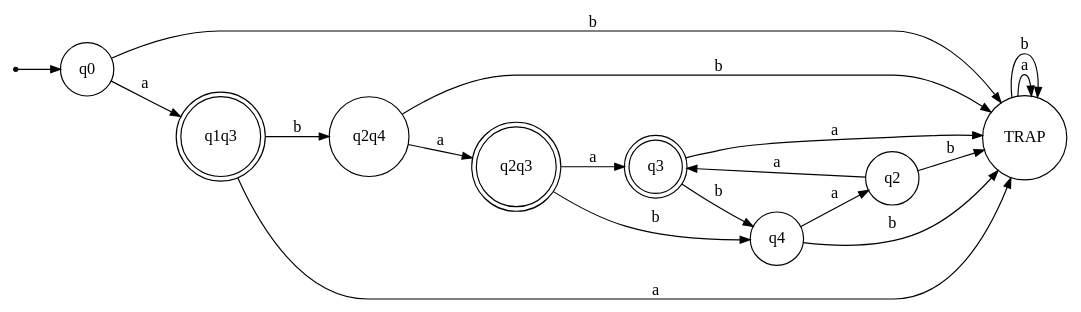
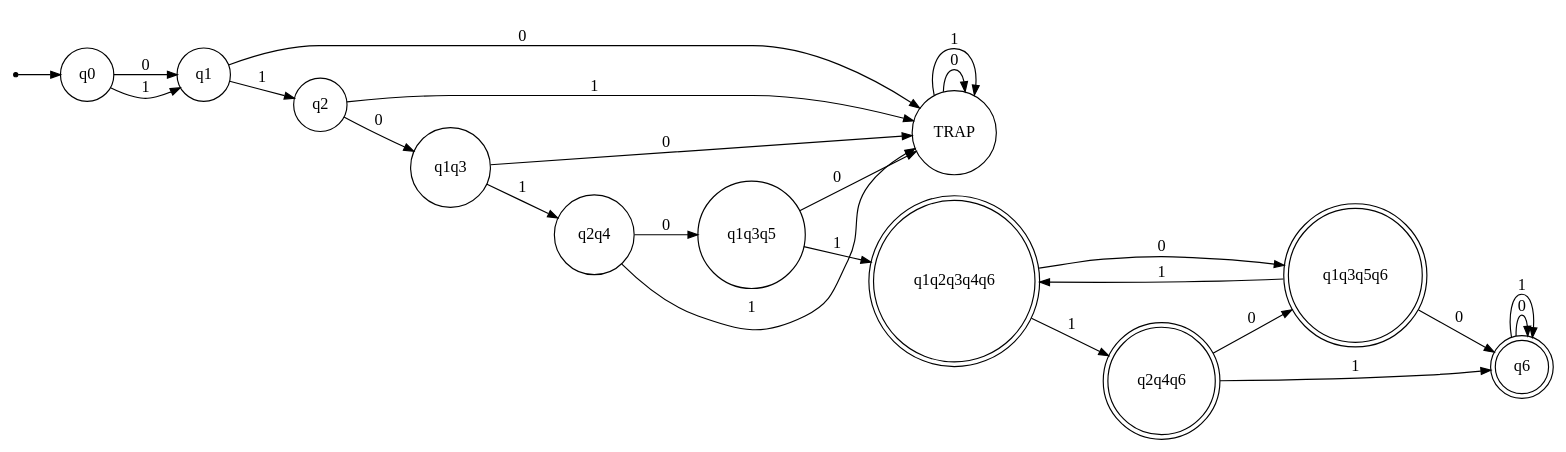
The diagram in Digraph.gv (iMahdiGhazavi/TLA4012-Midterm-Project), drawn with Graphviz before and after one commit. The commit also changed 3 other files, not shown here.

```diff
--- a/Digraph.gv
+++ b/Digraph.gv
@@ -1,30 +1,39 @@
 digraph {
 	ranksep=0.5 size="(8, 8)"
 	rankdir=LR
 	Initial [label="" fontsize=14.0 shape=point]
 	TRAP [fontsize=14.0 shape=circle]
 	q0 [fontsize=14.0 shape=circle]
-	q1q3 [fontsize=14.0 shape=doublecircle]
+	q1 [fontsize=14.0 shape=circle]
+	q1q2q3q4q6 [fontsize=14.0 shape=doublecircle]
+	q1q3 [fontsize=14.0 shape=circle]
+	q1q3q5 [fontsize=14.0 shape=circle]
+	q1q3q5q6 [fontsize=14.0 shape=doublecircle]
 	q2 [fontsize=14.0 shape=circle]
-	q2q3 [fontsize=14.0 shape=doublecircle]
 	q2q4 [fontsize=14.0 shape=circle]
-	q3 [fontsize=14.0 shape=doublecircle]
-	q4 [fontsize=14.0 shape=circle]
+	q2q4q6 [fontsize=14.0 shape=doublecircle]
+	q6 [fontsize=14.0 shape=doublecircle]
 	Initial -> q0 [arrowsize=0.85]
-	q0 -> q1q3 [label=" a " arrowsize=0.85 fontsize=14.0]
-	q0 -> TRAP [label=" b " arrowsize=0.85 fontsize=14.0]
-	q1q3 -> TRAP [label=" a " arrowsize=0.85 fontsize=14.0]
-	q1q3 -> q2q4 [label=" b " arrowsize=0.85 fontsize=14.0]
-	TRAP -> TRAP [label=" a " arrowsize=0.85 fontsize=14.0]
-	TRAP -> TRAP [label=" b " arrowsize=0.85 fontsize=14.0]
-	q2q4 -> q2q3 [label=" a " arrowsize=0.85 fontsize=14.0]
-	q2q4 -> TRAP [label=" b " arrowsize=0.85 fontsize=14.0]
-	q2q3 -> q3 [label=" a " arrowsize=0.85 fontsize=14.0]
-	q2q3 -> q4 [label=" b " arrowsize=0.85 fontsize=14.0]
-	q3 -> TRAP [label=" a " arrowsize=0.85 fontsize=14.0]
-	q3 -> q4 [label=" b " arrowsize=0.85 fontsize=14.0]
-	q4 -> q2 [label=" a " arrowsize=0.85 fontsize=14.0]
-	q4 -> TRAP [label=" b " arrowsize=0.85 fontsize=14.0]
-	q2 -> q3 [label=" a " arrowsize=0.85 fontsize=14.0]
-	q2 -> TRAP [label=" b " arrowsize=0.85 fontsize=14.0]
+	q0 -> q1 [label=" 0 " arrowsize=0.85 fontsize=14.0]
+	q0 -> q1 [label=" 1 " arrowsize=0.85 fontsize=14.0]
+	q1 -> TRAP [label=" 0 " arrowsize=0.85 fontsize=14.0]
+	q1 -> q2 [label=" 1 " arrowsize=0.85 fontsize=14.0]
+	TRAP -> TRAP [label=" 0 " arrowsize=0.85 fontsize=14.0]
+	TRAP -> TRAP [label=" 1 " arrowsize=0.85 fontsize=14.0]
+	q2 -> q1q3 [label=" 0 " arrowsize=0.85 fontsize=14.0]
+	q2 -> TRAP [label=" 1 " arrowsize=0.85 fontsize=14.0]
+	q1q3 -> TRAP [label=" 0 " arrowsize=0.85 fontsize=14.0]
+	q1q3 -> q2q4 [label=" 1 " arrowsize=0.85 fontsize=14.0]
+	q2q4 -> q1q3q5 [label=" 0 " arrowsize=0.85 fontsize=14.0]
+	q2q4 -> TRAP [label=" 1 " arrowsize=0.85 fontsize=14.0]
+	q1q3q5 -> TRAP [label=" 0 " arrowsize=0.85 fontsize=14.0]
+	q1q3q5 -> q1q2q3q4q6 [label=" 1 " arrowsize=0.85 fontsize=14.0]
+	q1q2q3q4q6 -> q1q3q5q6 [label=" 0 " arrowsize=0.85 fontsize=14.0]
+	q1q2q3q4q6 -> q2q4q6 [label=" 1 " arrowsize=0.85 fontsize=14.0]
+	q1q3q5q6 -> q6 [label=" 0 " arrowsize=0.85 fontsize=14.0]
+	q1q3q5q6 -> q1q2q3q4q6 [label=" 1 " arrowsize=0.85 fontsize=14.0]
+	q2q4q6 -> q1q3q5q6 [label=" 0 " arrowsize=0.85 fontsize=14.0]
+	q2q4q6 -> q6 [label=" 1 " arrowsize=0.85 fontsize=14.0]
+	q6 -> q6 [label=" 0 " arrowsize=0.85 fontsize=14.0]
+	q6 -> q6 [label=" 1 " arrowsize=0.85 fontsize=14.0]
 }
```
